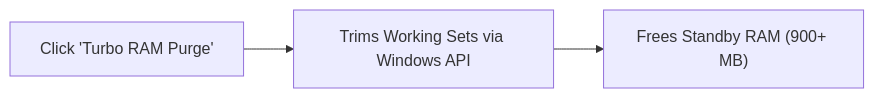
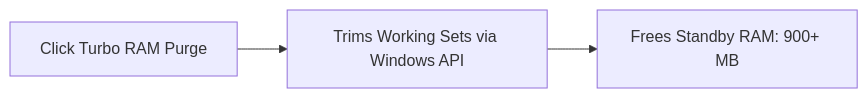
The third of 3 diagrams in README.md (kailash6207/MobPulse), drawn with Mermaid before and after one commit. The commit also changed other lines of this file and 1 other file, not shown here.

Commit message:
Fix: Remove parenthesis in Mermaid link text to fix GitHub parse error

````diff
--- a/README.md
+++ b/README.md
@@ -50,4 +50,4 @@
 ```mermaid
 flowchart LR
-    A["Click 'Turbo RAM Purge'"] --> B["Trims Working Sets via Windows API"] --> C["Frees Standby RAM (900+ MB)"]
+    A["Click Turbo RAM Purge"] --> B["Trims Working Sets via Windows API"] --> C["Frees Standby RAM: 900+ MB"]
 ```
````
